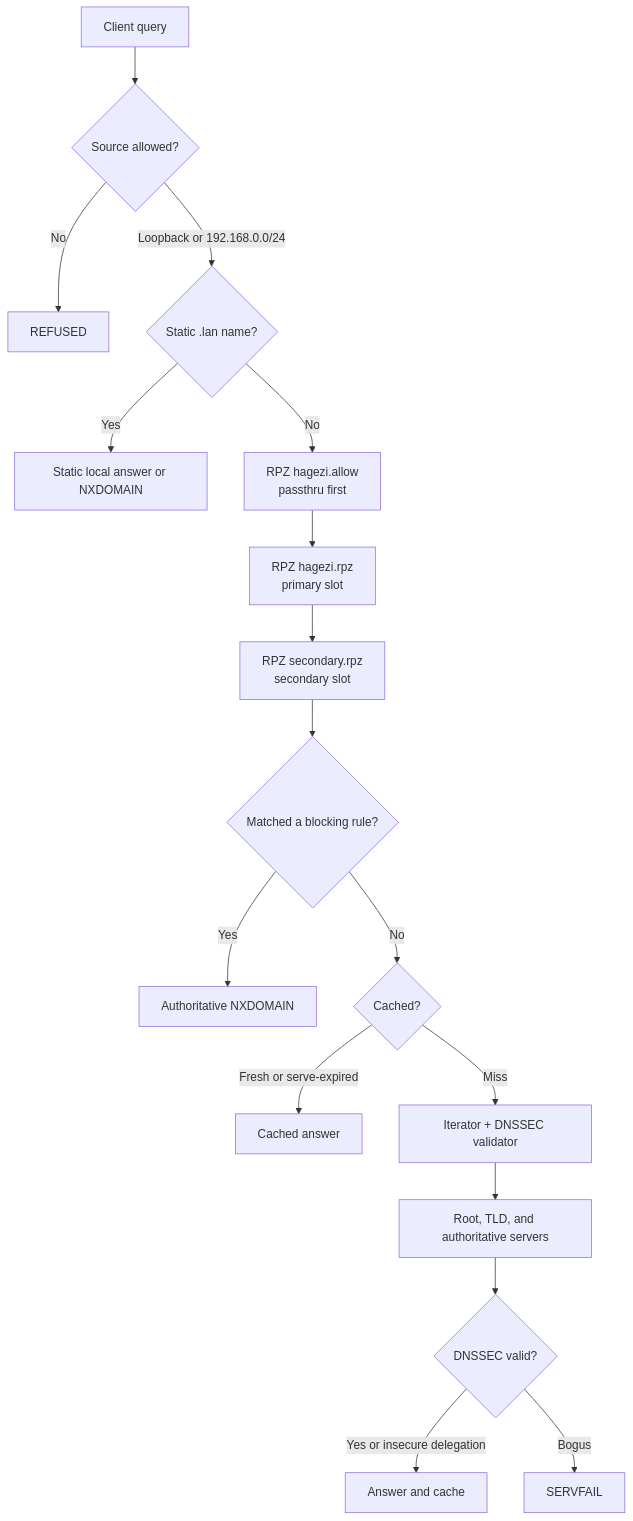
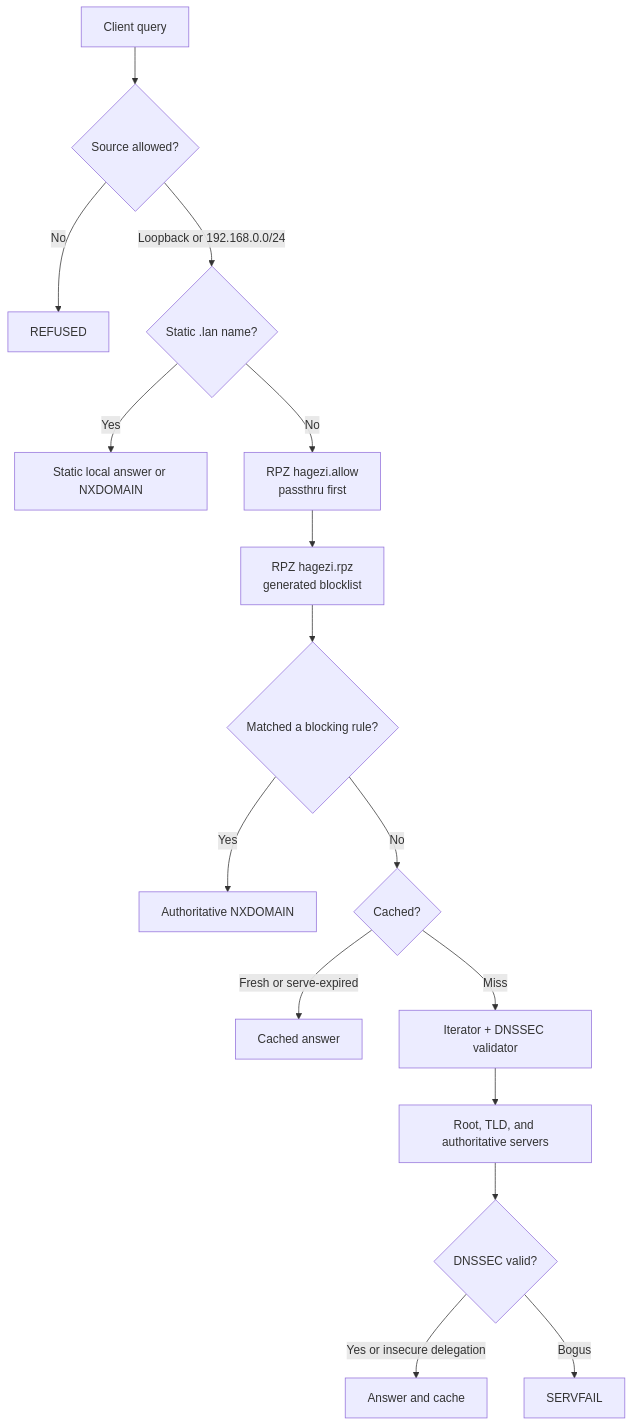
Before and after one commit to archpc/unbound: the second of 4 diagrams in ARCHITECTURE.md, drawn with Mermaid. The commit also changed other lines of this file and 16 other files, not shown here.

Commit message:
refactor: return to a single RPZ blocklist

````diff
--- a/ARCHITECTURE.md
+++ b/ARCHITECTURE.md
@@ -43,19 +43,18 @@
 ```mermaid
 flowchart TD
     q["Client query"] --> acl{"Source allowed?"}
     acl -->|"No"| refuse["REFUSED"]
     acl -->|"Loopback or 192.168.0.0/24"| local{"Static .lan name?"}
     local -->|"Yes"| localanswer["Static local answer or NXDOMAIN"]
     local -->|"No"| allow["RPZ hagezi.allow<br/>passthru first"]
-    allow --> primary["RPZ hagezi.rpz<br/>primary slot"]
-    primary --> secondary["RPZ secondary.rpz<br/>secondary slot"]
-    secondary --> blocked{"Matched a blocking rule?"}
+    allow --> block["RPZ hagezi.rpz<br/>generated blocklist"]
+    block --> blocked{"Matched a blocking rule?"}
     blocked -->|"Yes"| nxdomain["Authoritative NXDOMAIN"]
     blocked -->|"No"| cache{"Cached?"}
     cache -->|"Fresh or serve-expired"| cached["Cached answer"]
     cache -->|"Miss"| recurse["Iterator + DNSSEC validator"]
     recurse --> roots["Root, TLD, and authoritative servers"]
     roots --> validated{"DNSSEC valid?"}
     validated -->|"Yes or insecure delegation"| answer["Answer and cache"]
     validated -->|"Bogus"| servfail["SERVFAIL"]
 ```
````
